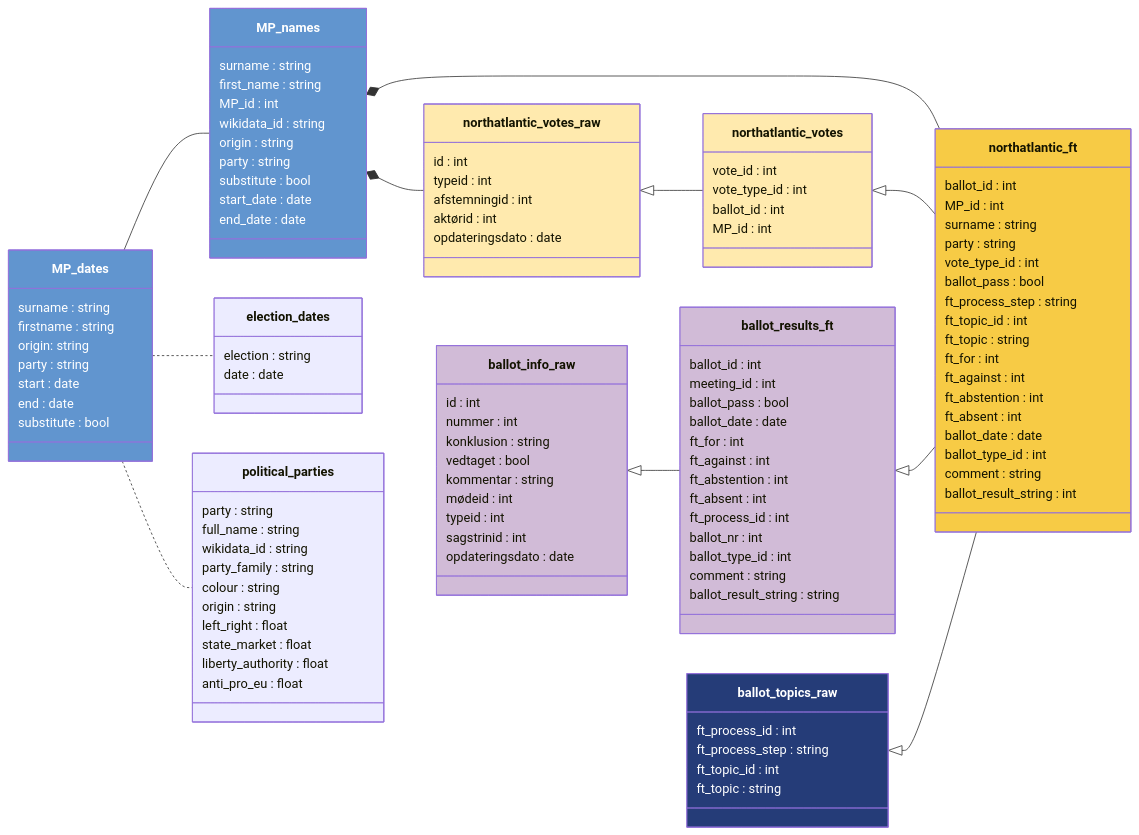
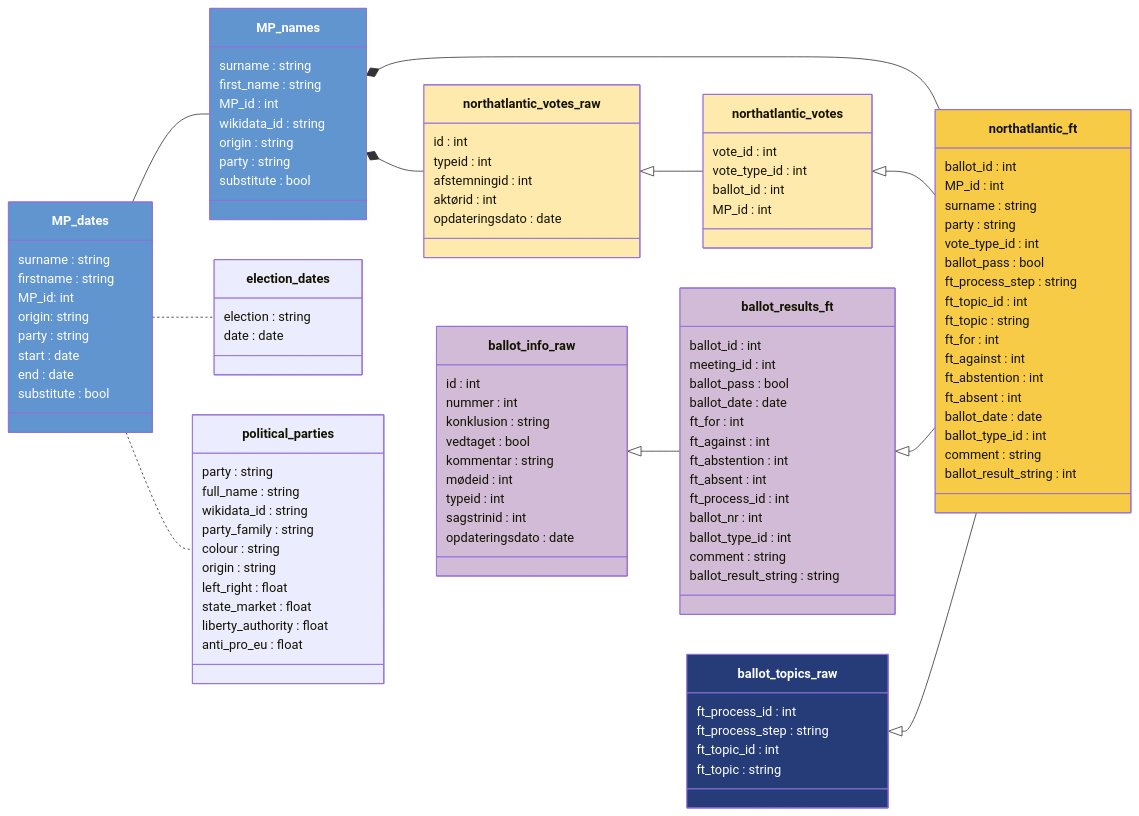
One commit to mtwente/nordatlantisk-ft changed the diagram in docs/codebook.qmd. Above: the diagram before and after it, drawn with Mermaid. The commit also changed other lines of this file and 22 other files, not shown here.

```diff
--- a/docs/codebook.qmd
+++ b/docs/codebook.qmd
@@ -148,6 +148,7 @@
         class MP_dates {
         surname : string
         firstname : string
+        MP_id: int
         origin: string
         party : string
         start : date
@@ -168,8 +169,6 @@
         origin : string
         party : string
         substitute : bool
-        start_date : date
-        end_date : date
     }
 
     class ballot_results_ft {
```
